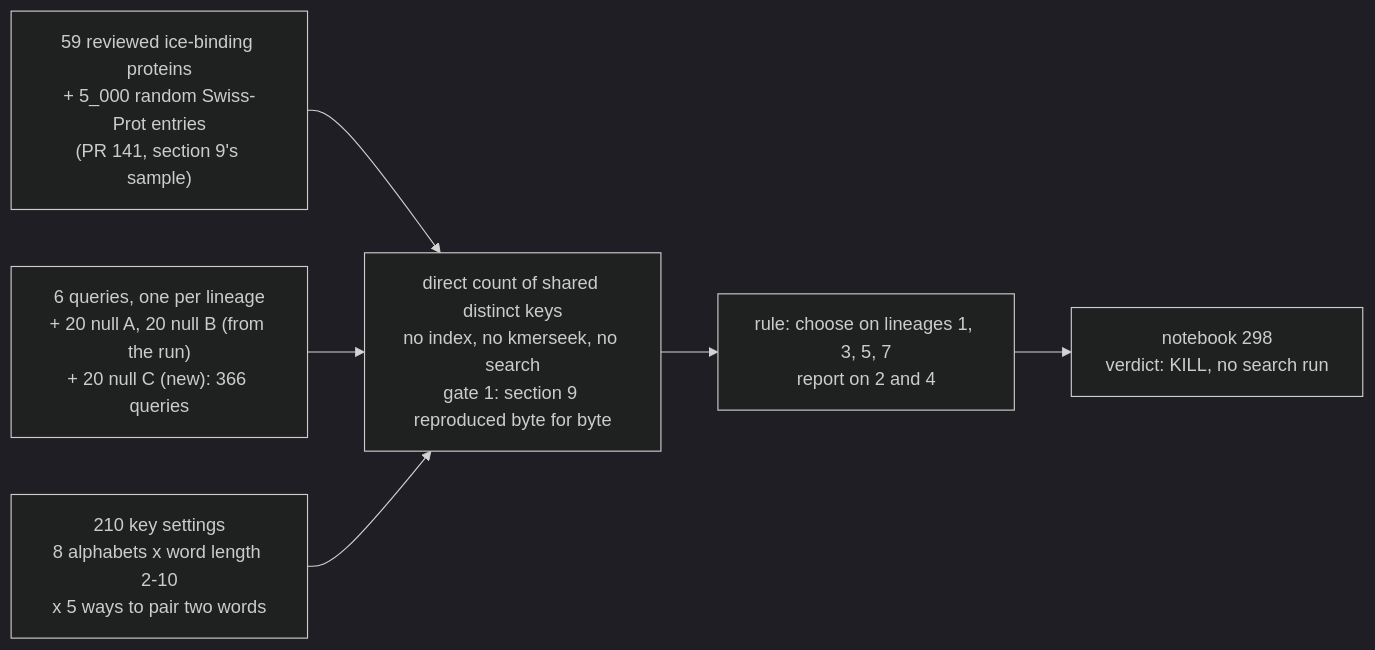
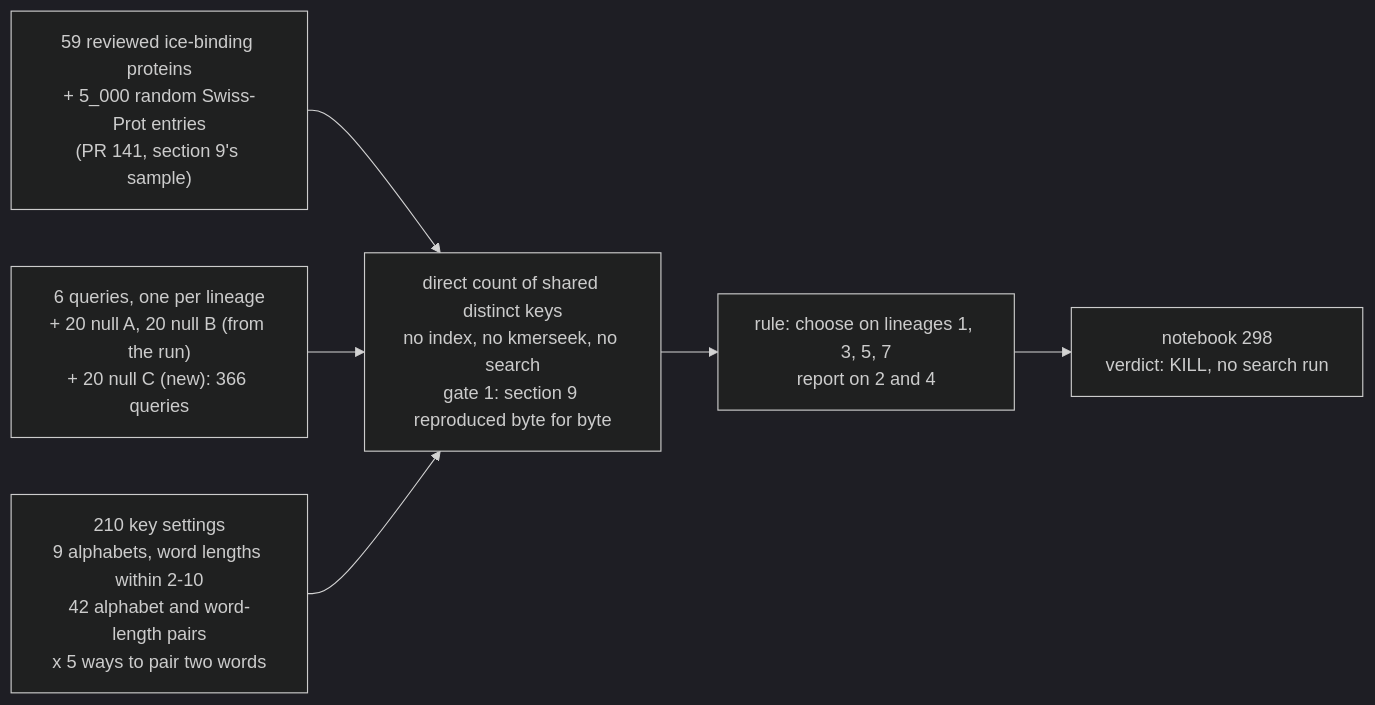
The diagram in notebooks/298_pr.md (seanome/2024-kmerseek-analysis), drawn with Mermaid (dark theme) before and after one commit.

Commit message:
Notebook 298 PR text: diagram says 9 alphabets and 42 word-length pairs (review 4452259722)
Claude-Session: https://claude.ai/code/session_01E3H4sjN3Kz4sriqyy7CQdZ

````diff
--- a/notebooks/298_pr.md
+++ b/notebooks/298_pr.md
@@ -6,8 +6,8 @@
 ```mermaid
 flowchart LR
   T["59 reviewed ice-binding proteins<br/>+ 5_000 random Swiss-Prot entries<br/>(PR 141, section 9's sample)"] --> C
   Q["6 queries, one per lineage<br/>+ 20 null A, 20 null B (from the run)<br/>+ 20 null C (new): 366 queries"] --> C
-  K["210 key settings<br/>8 alphabets x word length 2-10<br/>x 5 ways to pair two words"] --> C
+  K["210 key settings<br/>9 alphabets, word lengths within 2-10<br/>42 alphabet and word-length pairs<br/>x 5 ways to pair two words"] --> C
   C["direct count of shared distinct keys<br/>no index, no kmerseek, no search<br/>gate 1: section 9 reproduced byte for byte"] --> R["rule: choose on lineages 1, 3, 5, 7<br/>report on 2 and 4"]
   R --> V["notebook 298<br/>verdict: KILL, no search run"]
 ```
````
